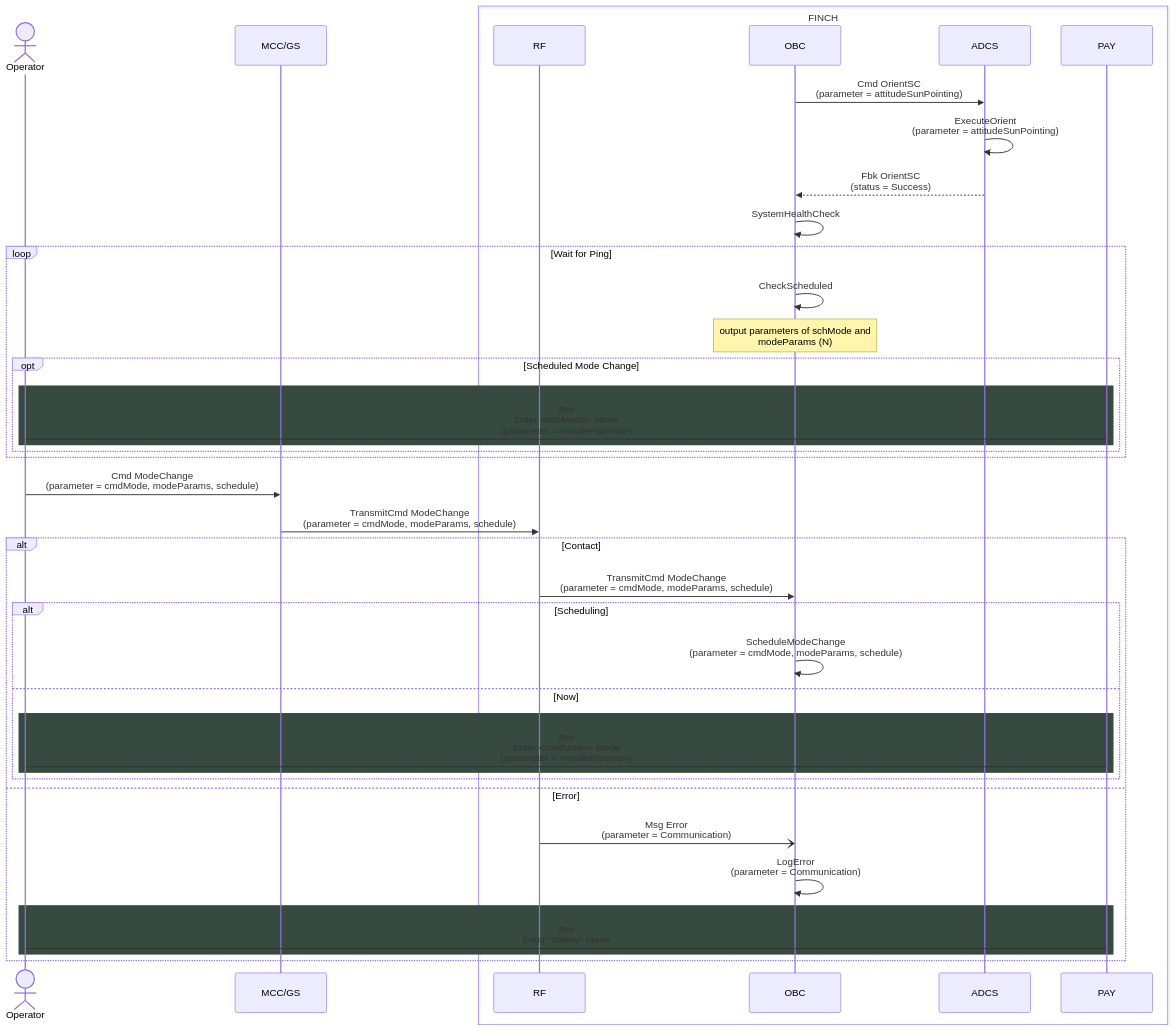
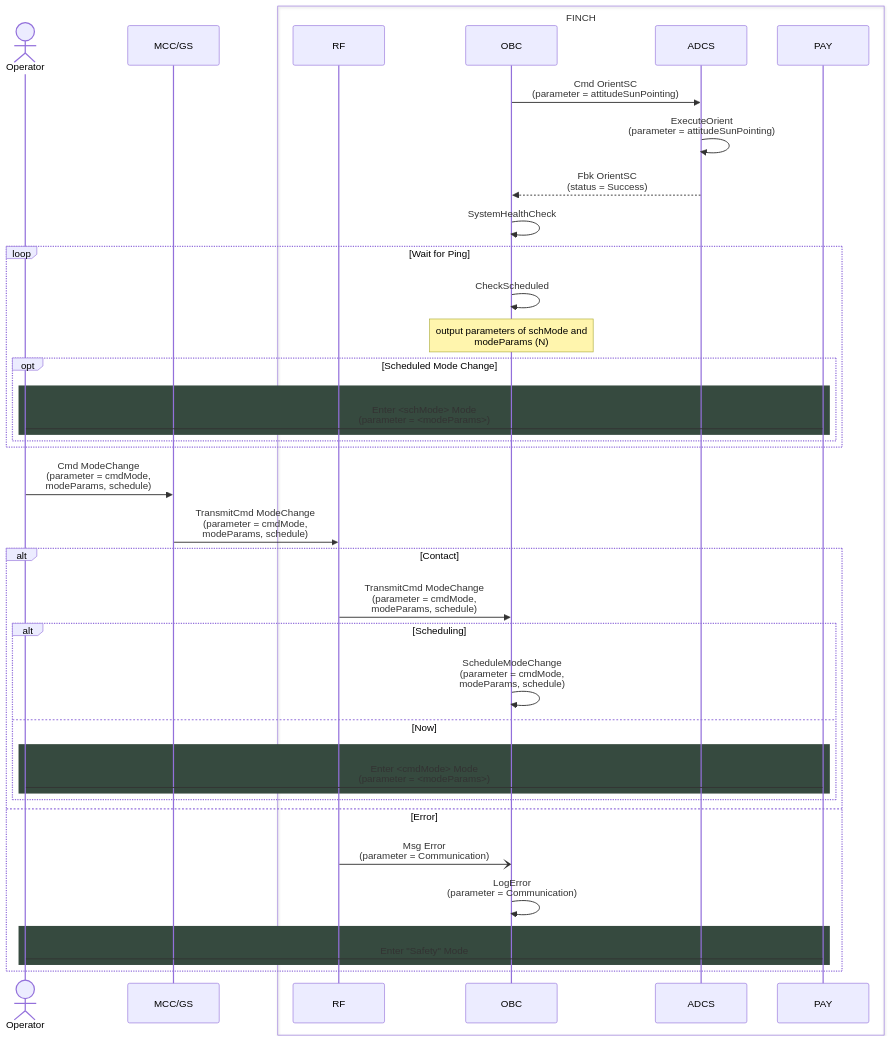
The diagram in command sequences/idle-command.md (Addy-lit/FINCH-system-architecture), drawn with Mermaid before and after one commit.

````diff
--- a/command sequences/idle-command.md
+++ b/command sequences/idle-command.md
@@ -2,46 +2,46 @@
 ```mermaid
 sequenceDiagram
     actor Operator
     participant MCC/GS
     box FINCH
         participant RF
         participant OBC 
         participant ADCS
         participant PAY
     end
 
     OBC ->> ADCS: Cmd OrientSC <br> (parameter = attitudeSunPointing)
     ADCS ->> ADCS: ExecuteOrient <br> (parameter = attitudeSunPointing)
     ADCS -->> OBC: Fbk OrientSC <br> (status = Success)
     OBC ->> OBC: SystemHealthCheck
 
     loop Wait for Ping
         OBC ->> OBC: CheckScheduled
         note over OBC: output parameters of schMode and <br> modeParams (N)
         opt Scheduled Mode Change
             rect rgb(54,74,63)
-              	Operator -> PAY: Ref <br/> Enter <schMode> Mode <br> (parameter = <modeParams>)
+              	Operator -> PAY: Enter <schMode> Mode <br> (parameter = <modeParams>)
             end
         end
     end
 
-    Operator ->> MCC/GS: Cmd ModeChange <br> (parameter = cmdMode, modeParams, schedule)
-    MCC/GS ->> RF: TransmitCmd ModeChange <br> (parameter = cmdMode, modeParams, schedule)
+    Operator ->> MCC/GS: Cmd ModeChange <br> (parameter = cmdMode, <br> modeParams, schedule)
+    MCC/GS ->> RF: TransmitCmd ModeChange <br> (parameter = cmdMode, <br> modeParams, schedule)
     alt Contact
-        RF ->> OBC: TransmitCmd ModeChange <br> (parameter = cmdMode, modeParams, schedule)
+        RF ->> OBC: TransmitCmd ModeChange <br> (parameter = cmdMode, <br> modeParams, schedule)
         alt Scheduling
-            OBC ->> OBC: ScheduleModeChange <br> (parameter = cmdMode, modeParams, schedule)
+            OBC ->> OBC: ScheduleModeChange <br> (parameter = cmdMode, <br> modeParams, schedule)
         else Now
             rect rgb(54,74,63)
-                Operator -> PAY: Ref <br/> Enter <cmdMode> Mode <br> (parameter = <modeParams>)
+                Operator -> PAY: Enter <cmdMode> Mode <br> (parameter = <modeParams>)
             end
         end
     else Error
         RF -) OBC: Msg Error <br> (parameter = Communication)
         OBC ->> OBC: LogError <br> (parameter = Communication)
         rect rgb(54,74,63)
-            Operator -> PAY: Ref <br/> Enter "Safety" Mode
+            Operator -> PAY: Enter "Safety" Mode
         end
     end
 
 ```
````
